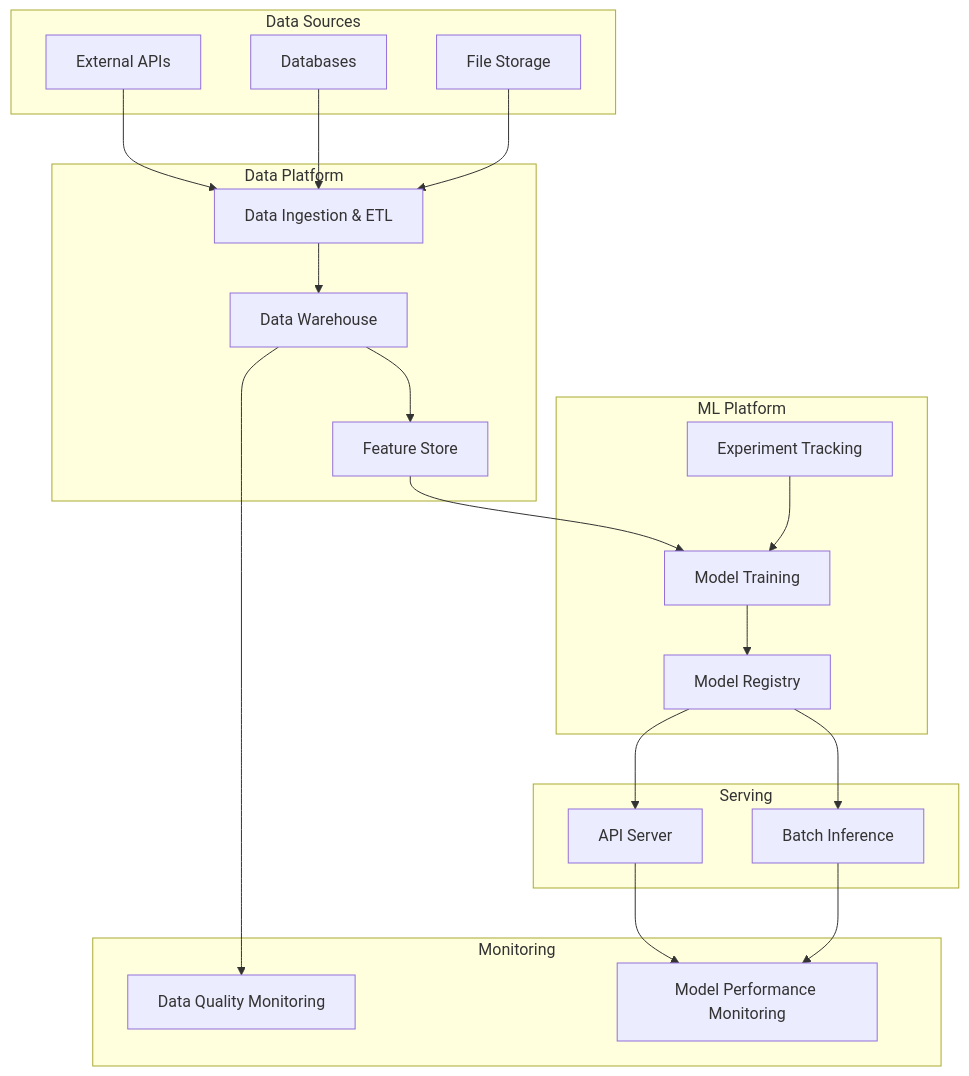
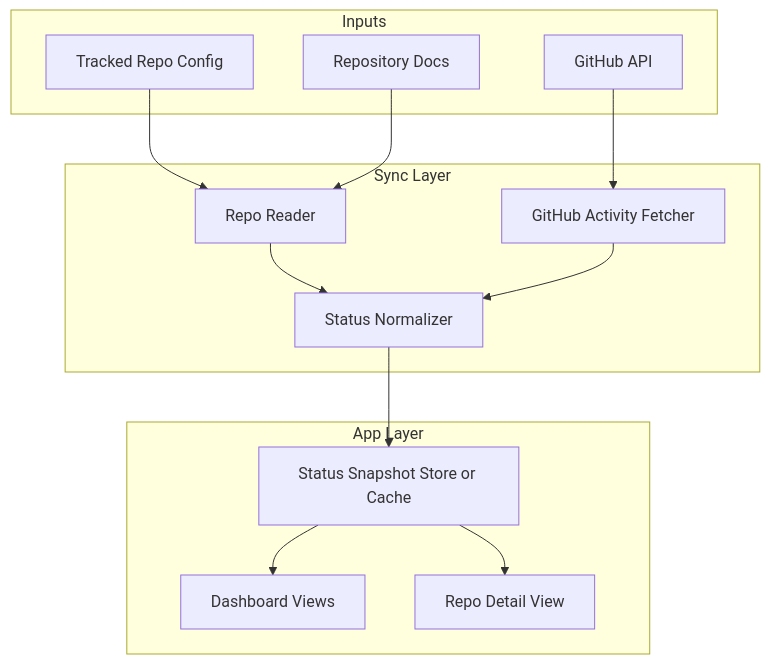
Before and after one commit to connorkitchings/project-manager: the diagram in docs/architecture/system_overview.md, drawn with Mermaid. The commit also changed other lines of this file and 33 other files, not shown here.

````diff
--- a/docs/architecture/system_overview.md
+++ b/docs/architecture/system_overview.md
@@ -7,44 +7,29 @@
 ```mermaid
 graph TD
-    subgraph "Data Sources"
-        A[External APIs]
-        B[Databases]
-        C[File Storage]
+    subgraph Inputs
+        A[Tracked Repo Config]
+        B[Repository Docs]
+        C[GitHub API]
     end
 
-    subgraph "Data Platform"
-        D[Data Ingestion & ETL]
-        E[Data Warehouse]
-        F[Feature Store]
+    subgraph Sync Layer
+        D[Repo Reader]
+        E[GitHub Activity Fetcher]
+        F[Status Normalizer]
     end
 
-    subgraph "ML Platform"
-        G[Experiment Tracking]
-        H[Model Training]
-        I[Model Registry]
-    end
-
-    subgraph "Serving"
-        J[API Server]
-        K[Batch Inference]
-    end
-
-    subgraph "Monitoring"
-        L[Data Quality Monitoring]
-        M[Model Performance Monitoring]
+    subgraph App Layer
+        G[Status Snapshot Store or Cache]
+        H[Dashboard Views]
+        I[Repo Detail View]
     end
 
     A --> D
     B --> D
-    C --> D
-    D --> E
+    C --> E
+    D --> F
     E --> F
-    F --> H
+    F --> G
     G --> H
-    H --> I
-    I --> J
-    I --> K
-    J --> M
-    K --> M
-    E --> L
+    G --> I
 ```
````
